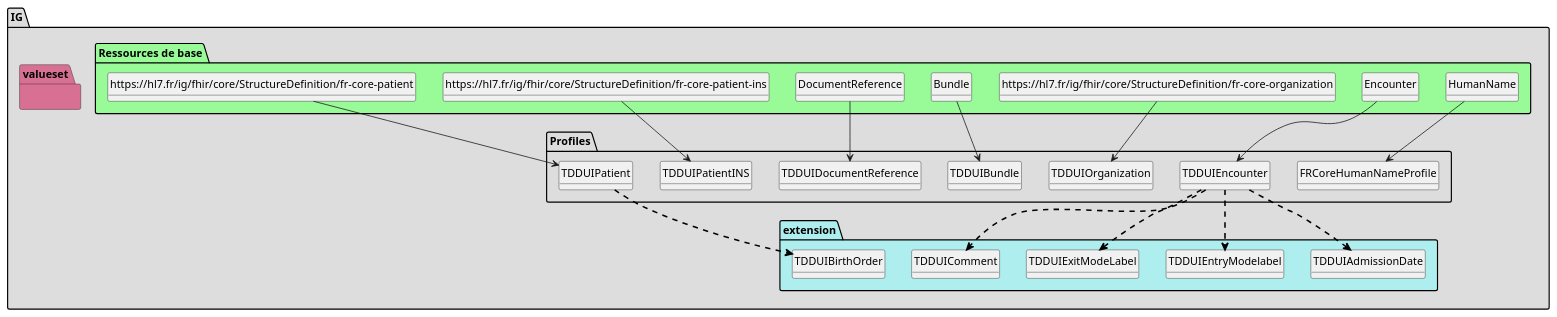
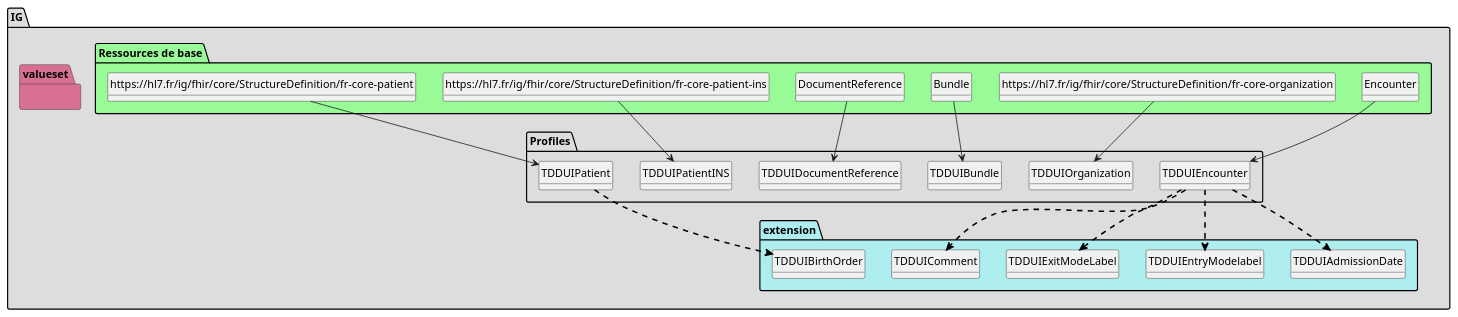
The diagram in 302-contenu-fhir---ajout-des-données-usager/plantuml/graph.puml (ansforge/IG-fhir-medicosocial-transfert-donnees-dui), drawn with PlantUML before and after one commit. The commit also changed 281 other files, not shown here.

```diff
--- a/302-contenu-fhir---ajout-des-données-usager/plantuml/graph.puml
+++ b/302-contenu-fhir---ajout-des-données-usager/plantuml/graph.puml
@@ -1,198 +1,188 @@
 @startuml
 set namespaceSeparator ?
 hide circle
 hide class fields
 
 package IG #DDDDDD{
 
      package Profiles #DDDDDD{
-
-        class FRCoreHumanNameProfile{
-
-             HumanName.extension:assemblyOrder => <&plus>[0..1]
-             HumanName.prefix => [None..1]
-        } 
 
         class TDDUIEncounter{
 
              Encounter.extension => [None..None]
              Encounter.extension:TDDUI-plannedStartDate-r5 => <&plus>[0..1]
              Encounter.extension:TDDUI-plannedEndDate-r5 => <&plus>[0..1]
              Encounter.extension:TDDUIAdmissionDate => <&plus>[0..1]
              Encounter.extension:TDDUIEntryModelabel => <&plus>[0..1]
              Encounter.extension:TDDUIExitModeLabel => <&plus>[0..1]
              Encounter.extension:TDDUIComment => <&plus>[0..1]
              Encounter.identifier => [1..None]
              Encounter.identifier:idStay => [1..1]
              Encounter.identifier:idAdminStay => [0..1]
              Encounter.identifier:idProvenanceStay => [0..1]
              Encounter.subject => [1..None]
              Encounter.serviceProvider => [1..None]
         } 
 
         class TDDUIOrganization{
 
              Organization => [None..None]
              Organization.identifier => [1..None]
              Organization.identifier:idNatSt => [1..None]
         } 
 
         class TDDUIBundle{
 
              Bundle.type => [None..None]
              Bundle.entry => [1..None]
              Bundle.entry:DUIDocumentReference => [1..*]
              Bundle.entry:DUIDocumentReference.resource => [1..None]
              Bundle.entry:DUIDocumentReference.request => [1..None]
              Bundle.entry:DUIDocumentReference.request.method => [None..None]
         } 
 
         class TDDUIDocumentReference{
 
              DocumentReference.meta.versionId => [None..None]
              DocumentReference.modifierExtension => [None..0]
              DocumentReference.masterIdentifier => [1..None]
              DocumentReference.identifier => [None..0]
              DocumentReference.status => [None..None]
              DocumentReference.docStatus => [None..0]
              DocumentReference.type => [None..None]
              DocumentReference.category => [None..1]
              DocumentReference.subject => [None..None]
              DocumentReference.date => [None..None]
              DocumentReference.author => [None..None]
              DocumentReference.authenticator => [None..None]
              DocumentReference.relatesTo => [None..None]
              DocumentReference.description => [None..None]
              DocumentReference.securityLabel => [None..None]
              DocumentReference.content => [None..1]
              DocumentReference.content.attachment.contentType => [1..None]
              DocumentReference.content.attachment.language => [None..None]
              DocumentReference.content.attachment.data => [1..None]
              DocumentReference.content.attachment.url => [None..0]
              DocumentReference.content.attachment.size => [None..None]
              DocumentReference.content.attachment.hash => [None..None]
              DocumentReference.content.attachment.title => [1..None]
              DocumentReference.content.attachment.creation => [None..None]
              DocumentReference.content.format => [None..None]
              DocumentReference.context => [None..None]
              DocumentReference.context.event => [None..1]
              DocumentReference.context.period => [None..None]
              DocumentReference.context.facilityType => [None..None]
              DocumentReference.context.practiceSetting => [None..None]
              DocumentReference.context.sourcePatientInfo => [None..None]
         } 
 
         class TDDUIPatientINS{
 
              Patient => [None..None]
              Patient.meta.profile:tddui-patient-canonical => [0..1]
              Patient.identifier:INS-NIR => [None..1]
              Patient.identifier:INS-NIR-TEST => [None..1]
              Patient.identifier:INS-NIR-DEMO => [None..1]
              Patient.identifier:INS-NIA => [None..1]
              Patient.identifier:localIdentifier => [0..1]
              Patient.identifier:localIdentifier.use => [None..None]
              Patient.identifier:localIdentifier.type => [1..None]
              Patient.identifier:localIdentifier.system => [1..None]
              Patient.identifier:localIdentifier.value => [1..None]
              Patient.identifier:initialNumber => [0..1]
              Patient.identifier:initialNumber.use => [None..None]
              Patient.identifier:initialNumber.type => [1..None]
              Patient.identifier:initialNumber.system => [1..None]
              Patient.identifier:initialNumber.value => [1..None]
         } 
 
         class TDDUIPatient{
 
              Patient => [None..None]
              Patient.identifier:localIdentifier => [0..1]
              Patient.identifier:localIdentifier.use => [None..None]
              Patient.identifier:localIdentifier.type => [1..None]
              Patient.identifier:localIdentifier.system => [1..None]
              Patient.identifier:localIdentifier.value => [1..None]
              Patient.identifier:initialNumber => [0..1]
              Patient.identifier:initialNumber.use => [None..None]
              Patient.identifier:initialNumber.type => [1..None]
              Patient.identifier:initialNumber.system => [1..None]
              Patient.identifier:initialNumber.value => [1..None]
              Patient.name => [1..None]
              Patient.name:officialName => [1..1]
              Patient.gender => [None..None]
              Patient.birthDate.extension => [1..None]
              Patient.birthDate.extension:tddui-birth-order => <&plus>[1..1]
          }
 
      }
      package extension #paleturquoise {
 
      TDDUIEncounter -[#black,dashed,thickness=2]-> TDDUIAdmissionDate
      TDDUIEncounter -[#black,dashed,thickness=2]-> TDDUIEntryModelabel
      TDDUIEncounter -[#black,dashed,thickness=2]-> TDDUIExitModeLabel
      TDDUIEncounter -[#black,dashed,thickness=2]-> TDDUIComment
      TDDUIPatient -[#black,dashed,thickness=2]-> TDDUIBirthOrder
 
         class TDDUIAdmissionDate{
 
           Extension.extension => [None..0]
           Extension.url => [None..None]
           Extension.value[x] => [None..None]
         } 
         class TDDUIBirthOrder{
 
           Extension.extension => [None..0]
           Extension.url => [None..None]
           Extension.value[x] => [None..None]
         } 
         class TDDUIComment{
 
           Extension.extension => [None..0]
           Extension.url => [None..None]
           Extension.value[x] => [None..None]
         } 
         class TDDUIEntryModelabel{
 
           Extension.extension => [None..0]
           Extension.url => [None..None]
           Extension.value[x] => [None..None]
         } 
         class TDDUIExitModeLabel{
 
           Extension.extension => [None..0]
           Extension.url => [None..None]
           Extension.value[x] => [None..None]
          }
      }
      package valueset #PaleVioletRed{
        }
 
 package "Ressources de base" #palegreen {
 
- class "HumanName" as  class95e0fecbaf28f967a098167115412fc6 
-
-    class95e0fecbaf28f967a098167115412fc6 --> FRCoreHumanNameProfile
-
  class "Encounter" as  classd1e9f9f891de8f9a655739a01fbf68f0 
 
     classd1e9f9f891de8f9a655739a01fbf68f0 --> TDDUIEncounter
 
  class "https://hl7.fr/ig/fhir/core/StructureDefinition/fr-core-organization" as  class7273115ddeceb35c4c7044f07f832f67 
 
     class7273115ddeceb35c4c7044f07f832f67 --> TDDUIOrganization
 
  class "Bundle" as  class94c51f19c37f96ed231f5a0ae512b2a8 
 
     class94c51f19c37f96ed231f5a0ae512b2a8 --> TDDUIBundle
 
  class "DocumentReference" as  classabc067272ee1964cc2c74c1c1a1854f5 
 
     classabc067272ee1964cc2c74c1c1a1854f5 --> TDDUIDocumentReference
 
  class "https://hl7.fr/ig/fhir/core/StructureDefinition/fr-core-patient-ins" as  class4183c8825d56dc7b36e75f7f711f8b6b 
 
     class4183c8825d56dc7b36e75f7f711f8b6b --> TDDUIPatientINS
 
  class "https://hl7.fr/ig/fhir/core/StructureDefinition/fr-core-patient" as  classcb72a5551de902d7716887df67489a97 
 
     classcb72a5551de902d7716887df67489a97 --> TDDUIPatient
 }
 @enduml
```
